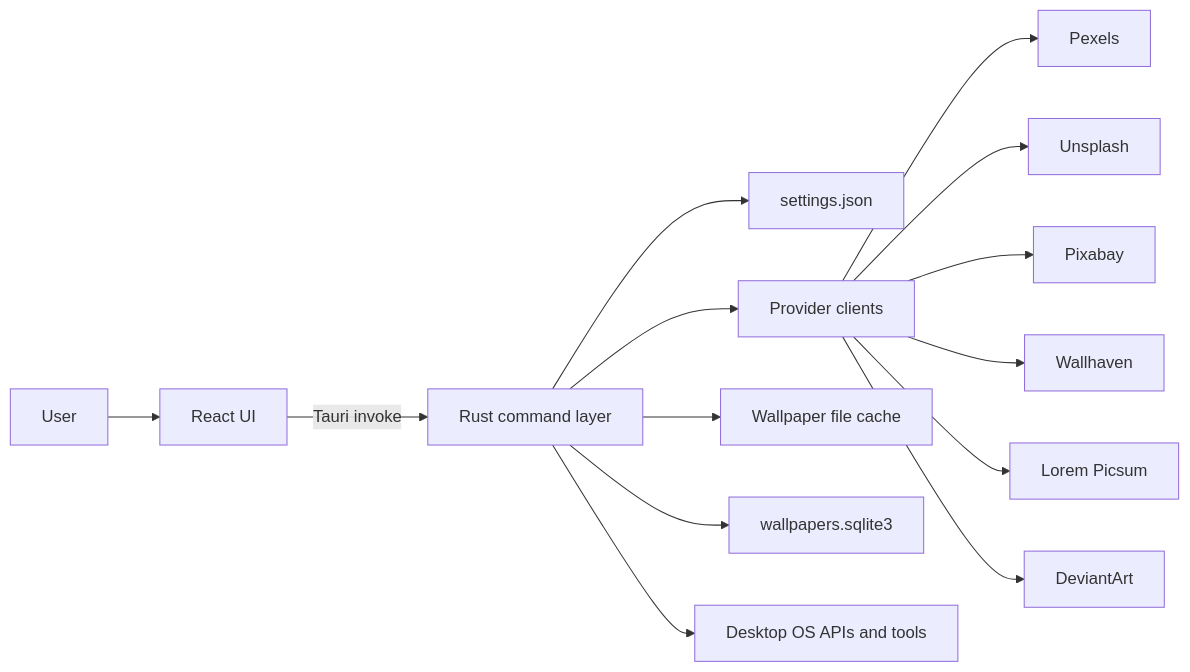
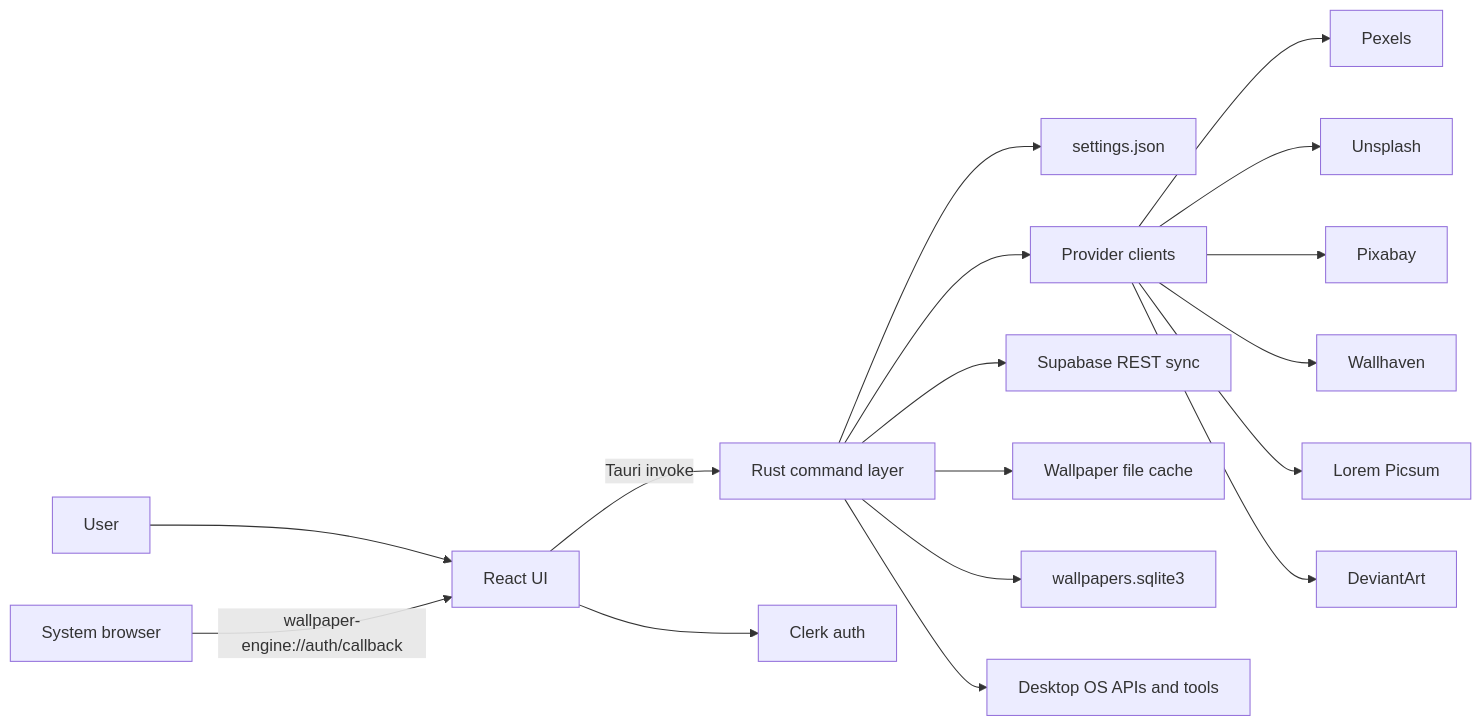
One commit to puneetdixit200/wallpaper-engine changed the first of 3 diagrams in docs/ARCHITECTURE.md. Above: the diagram before and after it, drawn with Mermaid. The commit also changed other lines of this file and 23 other files, not shown here.

Commit message:
feat: add desktop sync auth flow

````diff
--- a/docs/ARCHITECTURE.md
+++ b/docs/ARCHITECTURE.md
@@ -7,16 +7,19 @@
 ```mermaid
 flowchart LR
   User[User] --> React[React UI]
   React -->|Tauri invoke| Commands[Rust command layer]
+  React --> Clerk[Clerk auth]
+  Browser[System browser] -->|wallpaper-engine://auth/callback| React
   Commands --> Settings[settings.json]
   Commands --> API[Provider clients]
+  Commands --> Supabase[Supabase REST sync]
   Commands --> Cache[Wallpaper file cache]
   Commands --> SQLite[wallpapers.sqlite3]
   Commands --> OS[Desktop OS APIs and tools]
   API --> Pexels[Pexels]
   API --> Unsplash[Unsplash]
   API --> Pixabay[Pixabay]
   API --> Wallhaven[Wallhaven]
   API --> Picsum[Lorem Picsum]
   API --> DeviantArt[DeviantArt]
 ```
````
